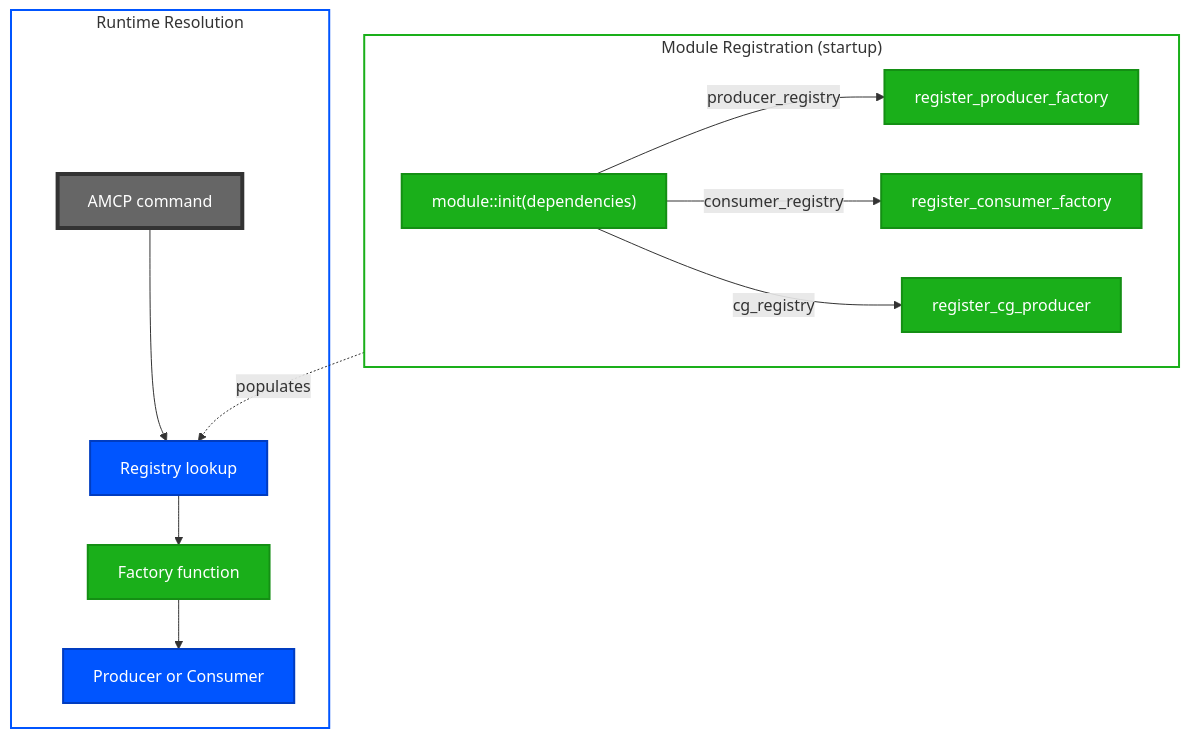
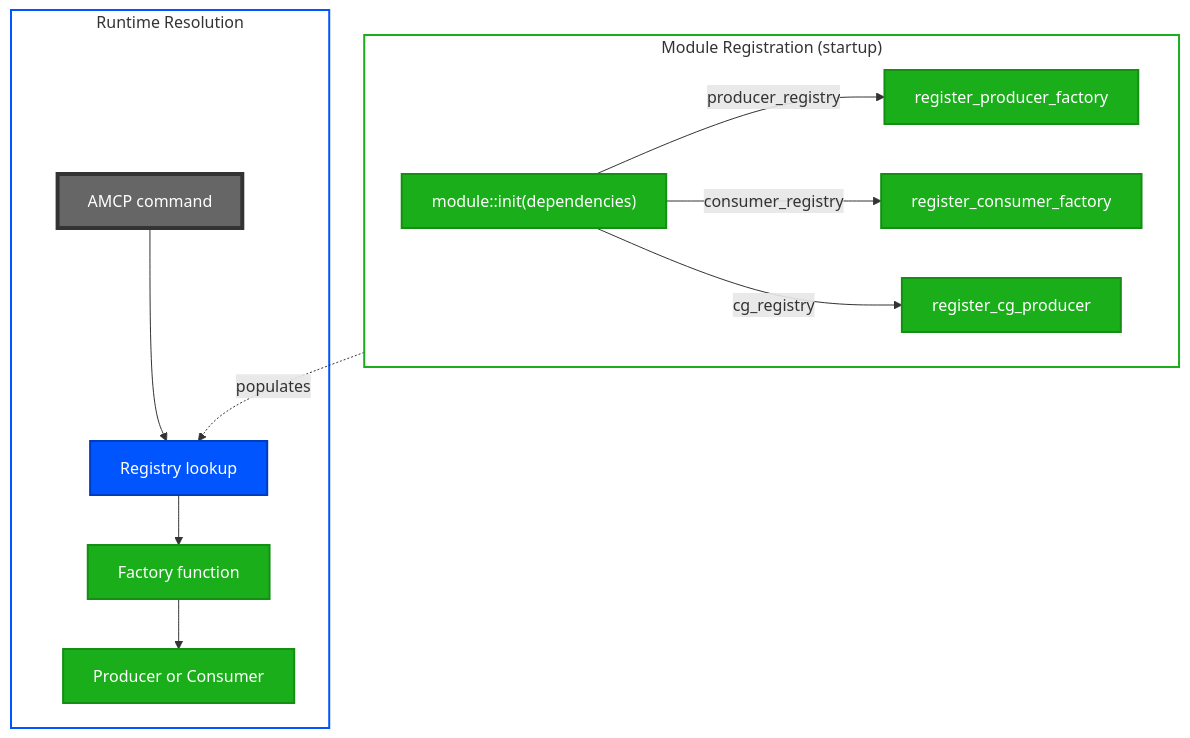
The fifth of 10 diagrams in docs/architecture.md (den-frie-vilje/casparCG), drawn with Mermaid before and after one commit.

Commit message:
docs: fix semantic color consistency across diagrams

````diff
--- a/docs/architecture.md
+++ b/docs/architecture.md
@@ -306,26 +306,26 @@
 ```mermaid
 flowchart TB
     classDef coreNode fill:#0055FF,color:#FFF,stroke:#003CC0,stroke-width:2px
     classDef moduleNode fill:#1AAF1A,color:#FFF,stroke:#148F14,stroke-width:2px
     classDef ctrlNode fill:#666,color:#FFF,stroke:#333,stroke-width:4px
     classDef sgStartup stroke:#1AAF1A,fill:#FFF,stroke-width:2px
     classDef sgRuntime stroke:#0055FF,fill:#FFF,stroke-width:2px
 
     subgraph Registration["Module Registration (startup)"]
         MOD_INIT["module::init(dependencies)"]:::moduleNode
         MOD_INIT -->|producer_registry| PR[register_producer_factory]:::moduleNode
         MOD_INIT -->|consumer_registry| CR[register_consumer_factory]:::moduleNode
         MOD_INIT -->|cg_registry| CG[register_cg_producer]:::moduleNode
     end
 
     subgraph Runtime["Runtime Resolution"]
         AMCP_CMD[AMCP command]:::ctrlNode --> RESOLVE[Registry lookup]:::coreNode
         RESOLVE --> FACTORY[Factory function]:::moduleNode
-        FACTORY --> INSTANCE[Producer or Consumer]:::coreNode
+        FACTORY --> INSTANCE[Producer or Consumer]:::moduleNode
     end
 
     Registration -.->|populates| RESOLVE
 
     class Registration sgStartup
     class Runtime sgRuntime
 ```
````
